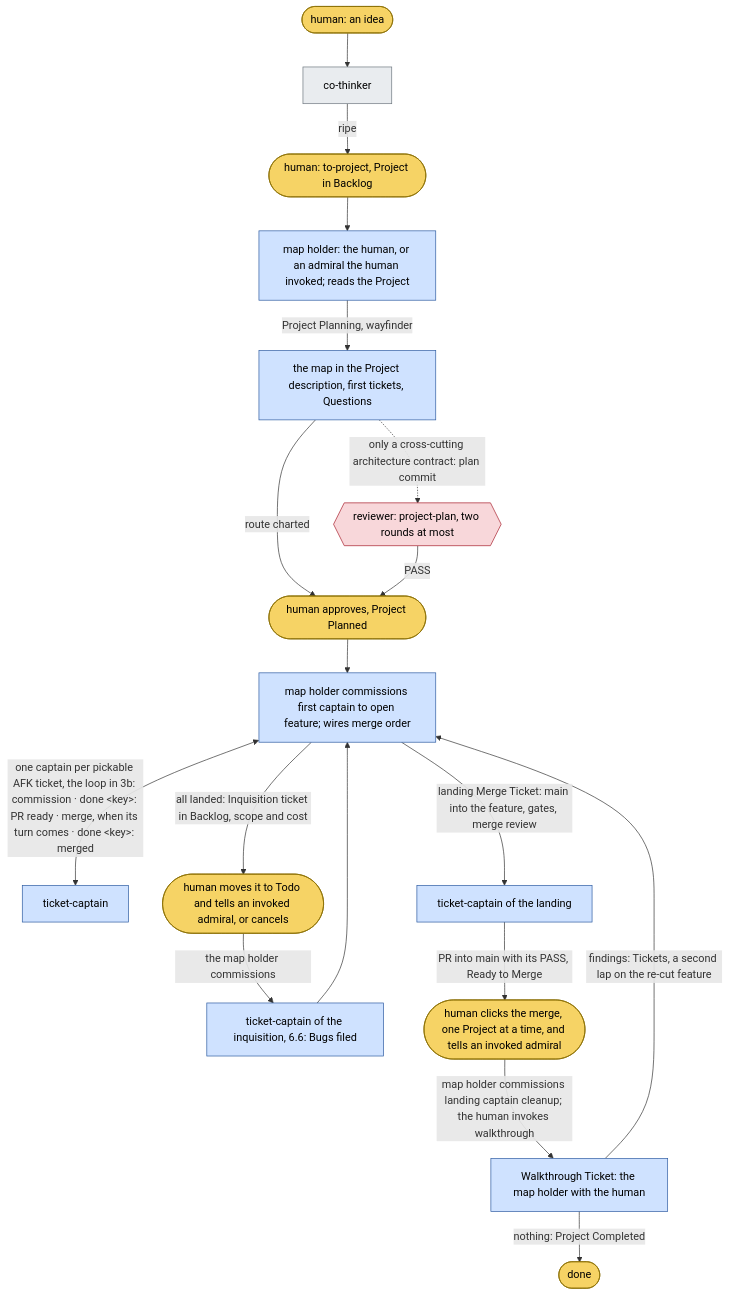
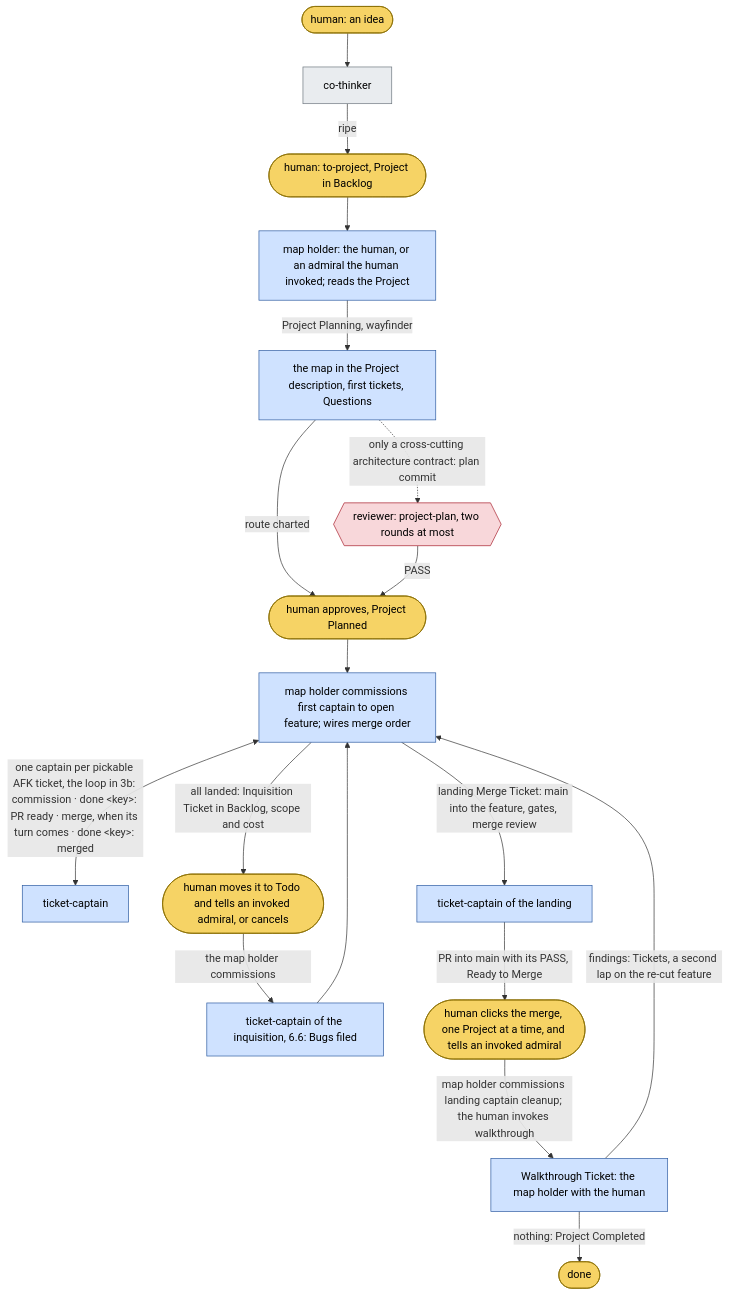
One commit to bodnarbalazs/dydo changed the first of 12 diagrams in dydo/understand/control-flow.md. Above: the diagram before and after it, drawn with Mermaid. The commit also changed other lines of this file and 14 other files, not shown here.

````diff
--- a/dydo/understand/control-flow.md
+++ b/dydo/understand/control-flow.md
@@ -124,26 +124,26 @@
 ```mermaid
 flowchart TD
   classDef human fill:#f6d365,stroke:#8a6d00,color:#000
   classDef session fill:#e9ecef,stroke:#6c757d,color:#000
   classDef officer fill:#cfe2ff,stroke:#2c5aa0,color:#000
   classDef crew fill:#d4edda,stroke:#2e7d32,color:#000
   classDef reviewer fill:#f8d7da,stroke:#a71d2a,color:#000
 
   H0([human: an idea]):::human --> CT[co-thinker]:::session
   CT -->|ripe| TP([human: to-project, Project in Backlog]):::human
   TP --> AD[map holder: the human, or an admiral the human invoked; reads the Project]:::officer
   AD -->|Project Planning, wayfinder| MAP[the map in the Project description, first tickets, Questions]:::officer
   MAP -.->|only a cross-cutting architecture contract: plan commit| RP{{reviewer: project-plan, two rounds at most}}:::reviewer
   MAP -->|route charted| H1([human approves, Project Planned]):::human
   RP -->|PASS| H1
   H1 --> OP[map holder commissions first captain to open feature; wires merge order]:::officer
   OP <-->|"one captain per pickable AFK ticket, the loop in 3b: commission · done &lt;key&gt;: PR ready · merge, when its turn comes · done &lt;key&gt;: merged"| IC[ticket-captain]:::officer
-  OP -->|all landed: Inquisition ticket in Backlog, scope and cost| H2([human moves it to Todo and tells an invoked admiral, or cancels]):::human
+  OP -->|all landed: Inquisition Ticket in Backlog, scope and cost| H2([human moves it to Todo and tells an invoked admiral, or cancels]):::human
   H2 -->|the map holder commissions| IQ[ticket-captain of the inquisition, 6.6: Bugs filed]:::officer
   IQ --> OP
   OP -->|landing Merge Ticket: main into the feature, gates, merge review| LM[ticket-captain of the landing]:::officer
   LM -->|PR into main with its PASS, Ready to Merge| H3([human clicks the merge, one Project at a time, and tells an invoked admiral]):::human
   H3 -->|map holder commissions landing captain cleanup; the human invokes walkthrough| WT[Walkthrough Ticket: the map holder with the human]:::officer
   WT -->|findings: Tickets, a second lap on the re-cut feature| OP
   WT -->|nothing: Project Completed| END([done]):::human
 ```
````
